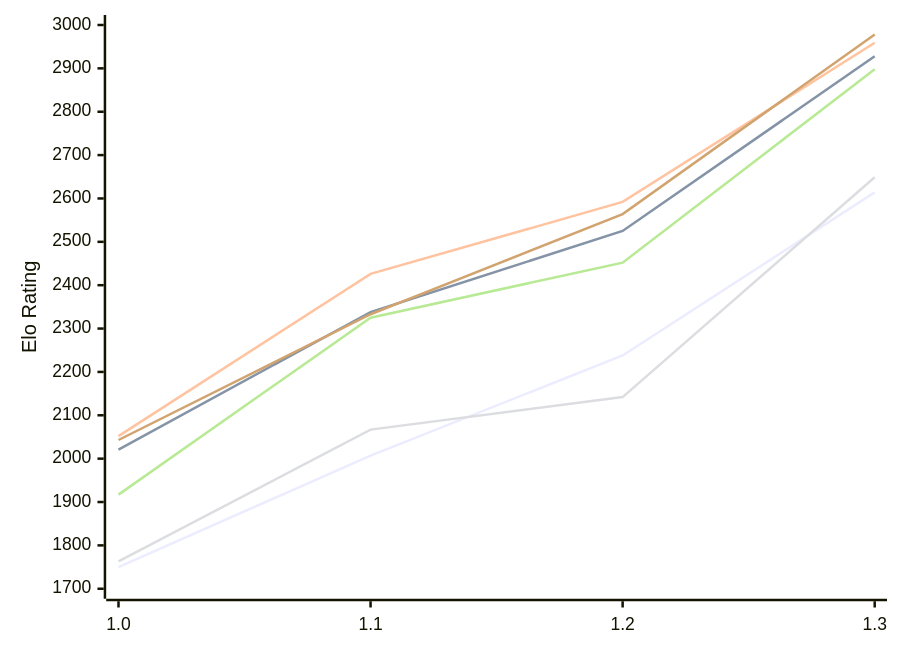
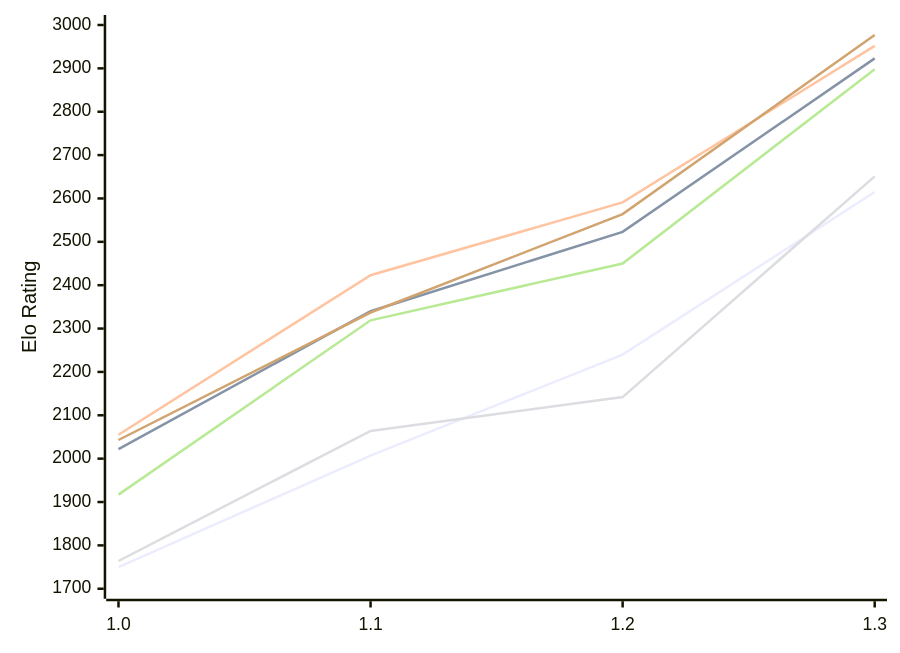
The first of 2 diagrams in engines/Echekinator.md (computer-chess-index/cci), drawn with Mermaid before and after one commit. The commit also changed other lines of this file, not shown here.

Commit message:
Update CCI Ratings (ELO VLTC) - 2026-11-26

````diff
--- a/engines/Echekinator.md
+++ b/engines/Echekinator.md
@@ -54,12 +54,12 @@
 ```mermaid
 %%{init: {"theme":"base","themeVariables":{"seriesColors:['#a3a3a3','#222221','#faa371']}}}%%
 xychart-beta
   x-axis ["1.0", "1.1", "1.2", "1.3"]
   y-axis "Elo Rating" 1700 --> 3000
-  line "E1: STC (8.0+0.08s)" [1750, 2007, 2238, 2614]
-  line "E1: LTC (60.0+0.60s)" [2021, 2338, 2525, 2928]
-  line "E1: VLTC (2m24s+1.12s)" [2052, 2426, 2592, 2959]
-  line "P1: STC (8.0+0.08s)" [1763, 2067, 2142, 2649]
-  line "P1: LTC (60.0+0.60s)" [1917, 2325, 2452, 2898]
-  line "P1: VLTC (2m24s+1.12s)" [2043, 2333, 2564, 2978]
+  line "E1: STC (8.0+0.08s)" [1750, 2007, 2240, 2615]
+  line "E1: LTC (60.0+0.60s)" [2022, 2340, 2523, 2923]
+  line "E1: VLTC (2m24s+1.12s)" [2055, 2423, 2591, 2952]
+  line "P1: STC (8.0+0.08s)" [1764, 2064, 2142, 2651]
+  line "P1: LTC (60.0+0.60s)" [1917, 2319, 2450, 2898]
+  line "P1: VLTC (2m24s+1.12s)" [2043, 2337, 2564, 2977]
 ```
````
